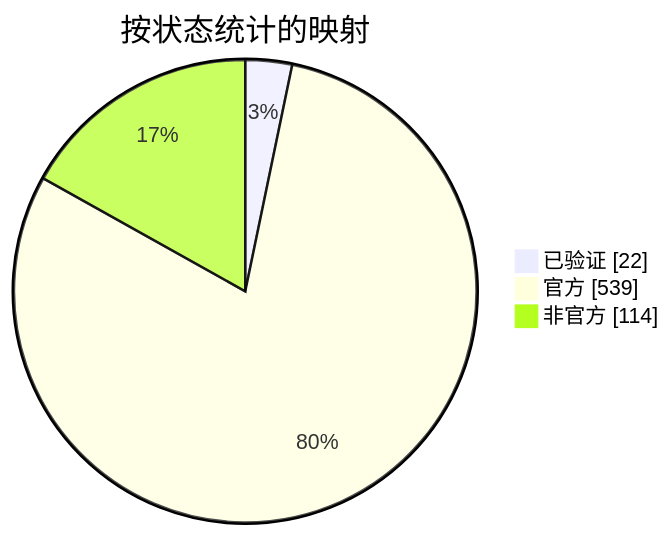
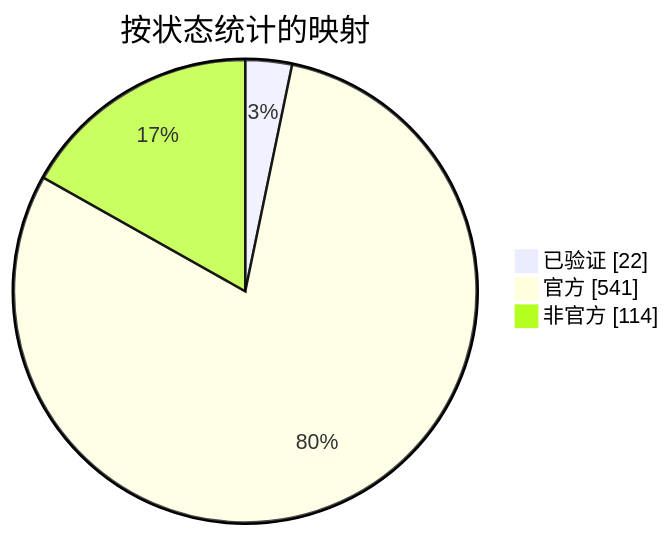
Before and after one commit to nobrega8/mbmap-library: the diagram in docs/readme/README_ZHS.md, drawn with Mermaid. The commit also changed 7 other files, not shown here.

````diff
--- a/docs/readme/README_ZHS.md
+++ b/docs/readme/README_ZHS.md
@@ -54,7 +54,7 @@
 ```mermaid
 pie showData
     title 按状态统计的映射
     "已验证" : 22
-    "官方" : 539
+    "官方" : 541
     "非官方" : 114
 ```
````
